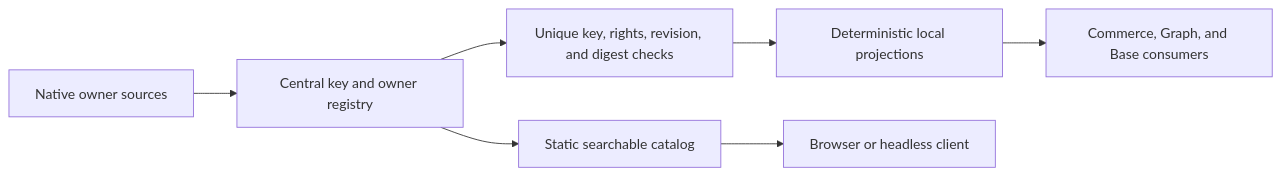
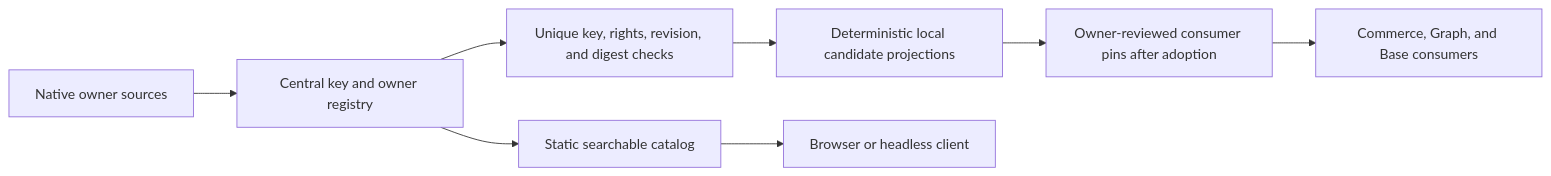
The diagram in prd-tad-adr-mvp-gtm-agentic-design-system.md (huijoohwee/agentic-design-system), drawn with Mermaid before and after one commit. The commit also changed other lines of this file and 24 other files, not shown here.

````diff
--- a/prd-tad-adr-mvp-gtm-agentic-design-system.md
+++ b/prd-tad-adr-mvp-gtm-agentic-design-system.md
@@ -135,9 +137,10 @@
 ```mermaid
 flowchart LR
   owners[Native owner sources] --> registry[Central key and owner registry]
   registry --> checks[Unique key, rights, revision, and digest checks]
-  checks --> projections[Deterministic local projections]
-  projections --> consumers[Commerce, Graph, and Base consumers]
+  checks --> projections[Deterministic local candidate projections]
+  projections --> pins[Owner-reviewed consumer pins after adoption]
+  pins --> consumers[Commerce, Graph, and Base consumers]
   registry --> catalog[Static searchable catalog]
   catalog --> contributor[Browser or headless client]
 ```
````
